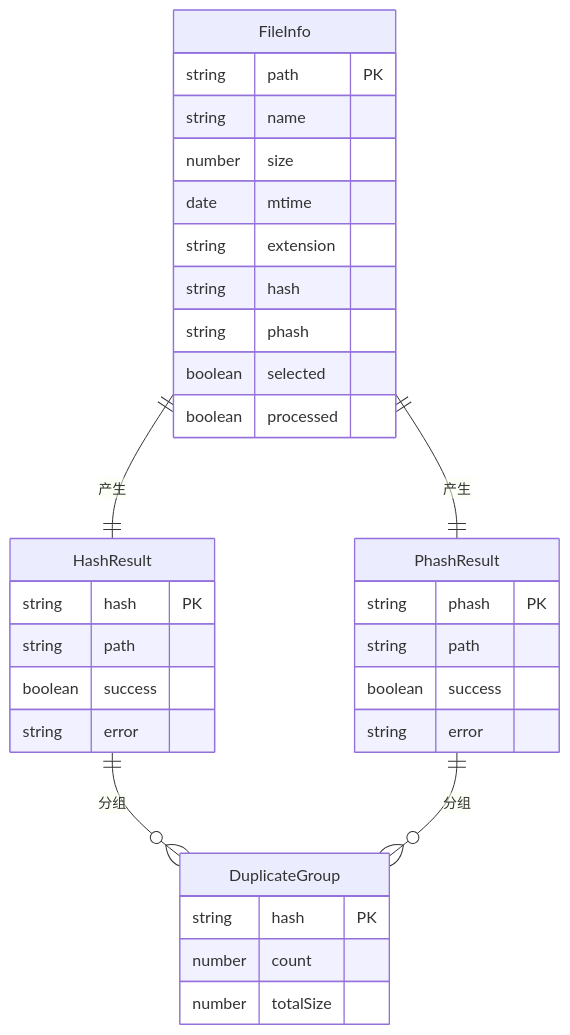
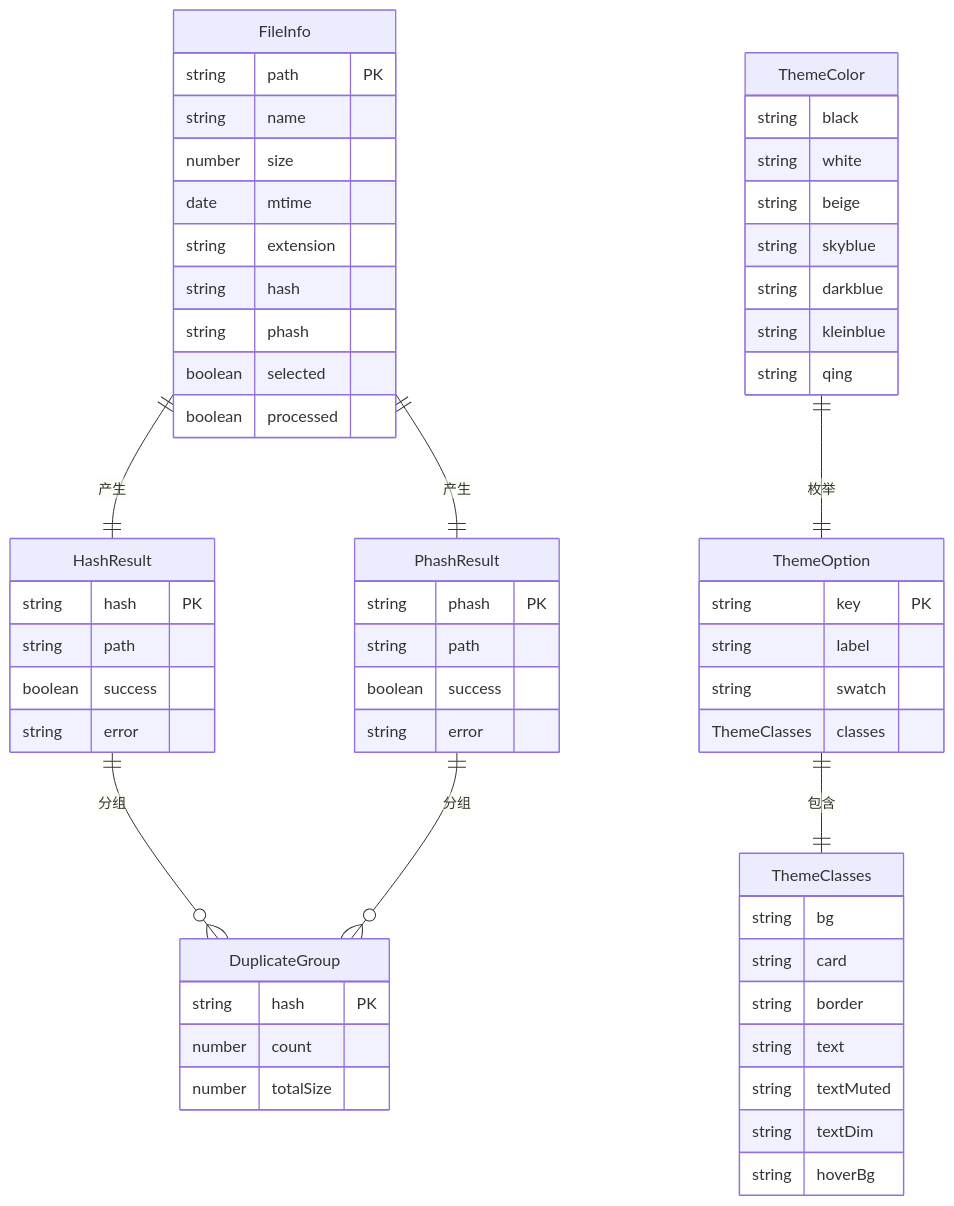
The sixth of 10 diagrams in .qoder/repowiki/zh/content/API参考手册/类型定义参考.md (remgasuki/ReDoPhoto), drawn with Mermaid before and after one commit. The commit also changed other lines of this file and 10 other files, not shown here.

````diff
--- a/.qoder/repowiki/zh/content/API参考手册/类型定义参考.md
+++ b/.qoder/repowiki/zh/content/API参考手册/类型定义参考.md
@@ -228,35 +260,61 @@
 ```mermaid
 erDiagram
 FileInfo {
 string path PK
 string name
 number size
 date mtime
 string extension
 string hash
 string phash
 boolean selected
 boolean processed
 }
 HashResult {
 string hash PK
 string path
 boolean success
 string error
 }
 PhashResult {
 string phash PK
 string path
 boolean success
 string error
 }
 DuplicateGroup {
 string hash PK
 number count
 number totalSize
 }
+ThemeOption {
+string key PK
+string label
+string swatch
+ThemeClasses classes
+}
+ThemeClasses {
+string bg
+string card
+string border
+string text
+string textMuted
+string textDim
+string hoverBg
+}
+ThemeColor {
+string black
+string white
+string beige
+string skyblue
+string darkblue
+string kleinblue
+string qing
+}
 FileInfo ||--|| HashResult : "产生"
 FileInfo ||--|| PhashResult : "产生"
 HashResult ||--o{ DuplicateGroup : "分组"
 PhashResult ||--o{ DuplicateGroup : "分组"
+ThemeOption ||--|| ThemeClasses : "包含"
+ThemeColor ||--|| ThemeOption : "枚举"
 ```
````
